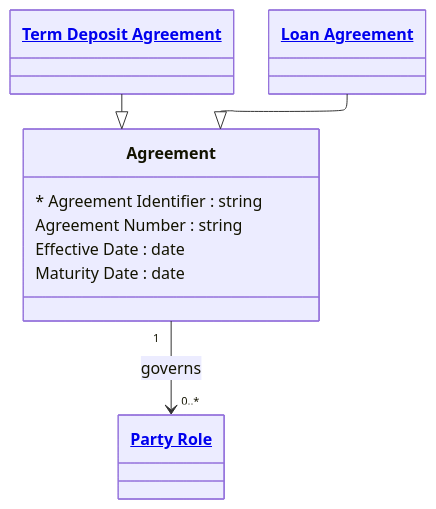
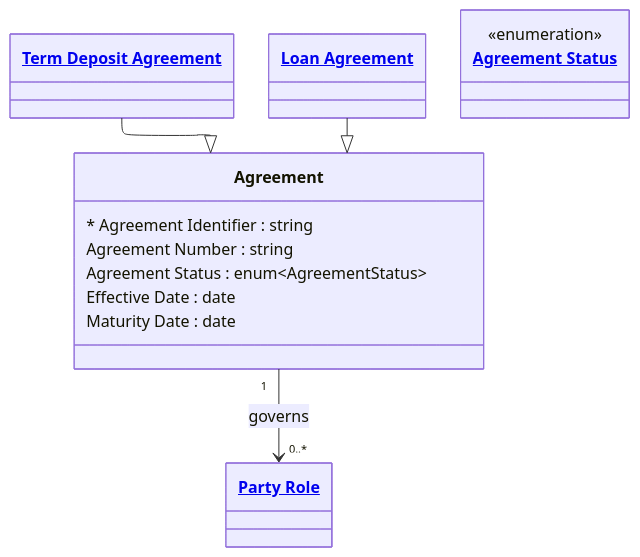
One commit to Semprini/md-ddl changed the diagram in examples/Financial Crime/entities/agreement.md. Above: the diagram before and after it, drawn with Mermaid. The commit also changed other lines of this file and 12 other files, not shown here.

````diff
--- a/examples/Financial Crime/entities/agreement.md
+++ b/examples/Financial Crime/entities/agreement.md
@@ -9,21 +9,23 @@
 ```mermaid
 ---
 config:
   layout: elk
 ---
 classDiagram
   class Agreement{
     * Agreement Identifier : string
     Agreement Number : string
+    Agreement Status : enum~AgreementStatus~
     Effective Date : date
     Maturity Date : date
   }
 
   TermDepositAgreement --|> Agreement
   LoanAgreement --|> Agreement
   Agreement "1" --> "0..*" PartyRole : governs
 
+  class AgreementStatus["<a href='../enums.md#agreement-status'>Agreement Status</a>"]{<<enumeration>>}
   class TermDepositAgreement["<a href='term-deposit-agreement.md'>Term Deposit Agreement</a>"]
   class LoanAgreement["<a href='loan-agreement.md'>Loan Agreement</a>"]
   class PartyRole["<a href='party_role.md'>Party Role</a>"]
 ```
````
